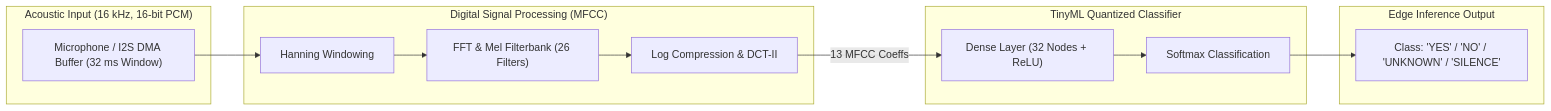
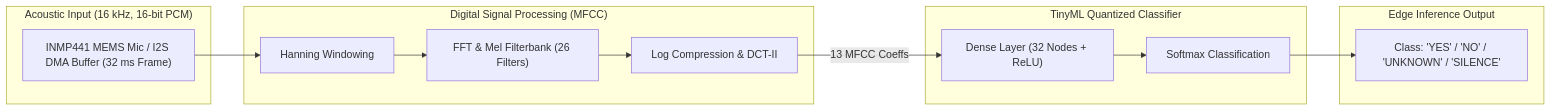
Before and after one commit to mandadapuherambeswar-ux/TinyML-Audio-Keyword-Spotter: the diagram in README.md, drawn with Mermaid. The commit also changed other lines of this file and 2 other files, not shown here.

Commit message:
Add detailed hardware circuit diagrams, pinout matrices, and peripheral drivers

````diff
--- a/README.md
+++ b/README.md
@@ -15,28 +44,28 @@
 ```mermaid
 graph LR
     subgraph Audio ["Acoustic Input (16 kHz, 16-bit PCM)"]
-        MIC["Microphone / I2S DMA Buffer (32 ms Window)"]
+        MIC["INMP441 MEMS Mic / I2S DMA Buffer (32 ms Frame)"]
     end
 
     subgraph Feature ["Digital Signal Processing (MFCC)"]
         W["Hanning Windowing"]
         F["FFT & Mel Filterbank (26 Filters)"]
         D["Log Compression & DCT-II"]
     end
 
     subgraph Inference ["TinyML Quantized Classifier"]
         L1["Dense Layer (32 Nodes + ReLU)"]
         L2["Softmax Classification"]
     end
 
     subgraph Output ["Edge Inference Output"]
         C["Class: 'YES' / 'NO' / 'UNKNOWN' / 'SILENCE'"]
     end
 
     MIC --> W
     W --> F
     F --> D
     D -->|13 MFCC Coeffs| L1
     L1 --> L2
     L2 --> C
 ```
````
